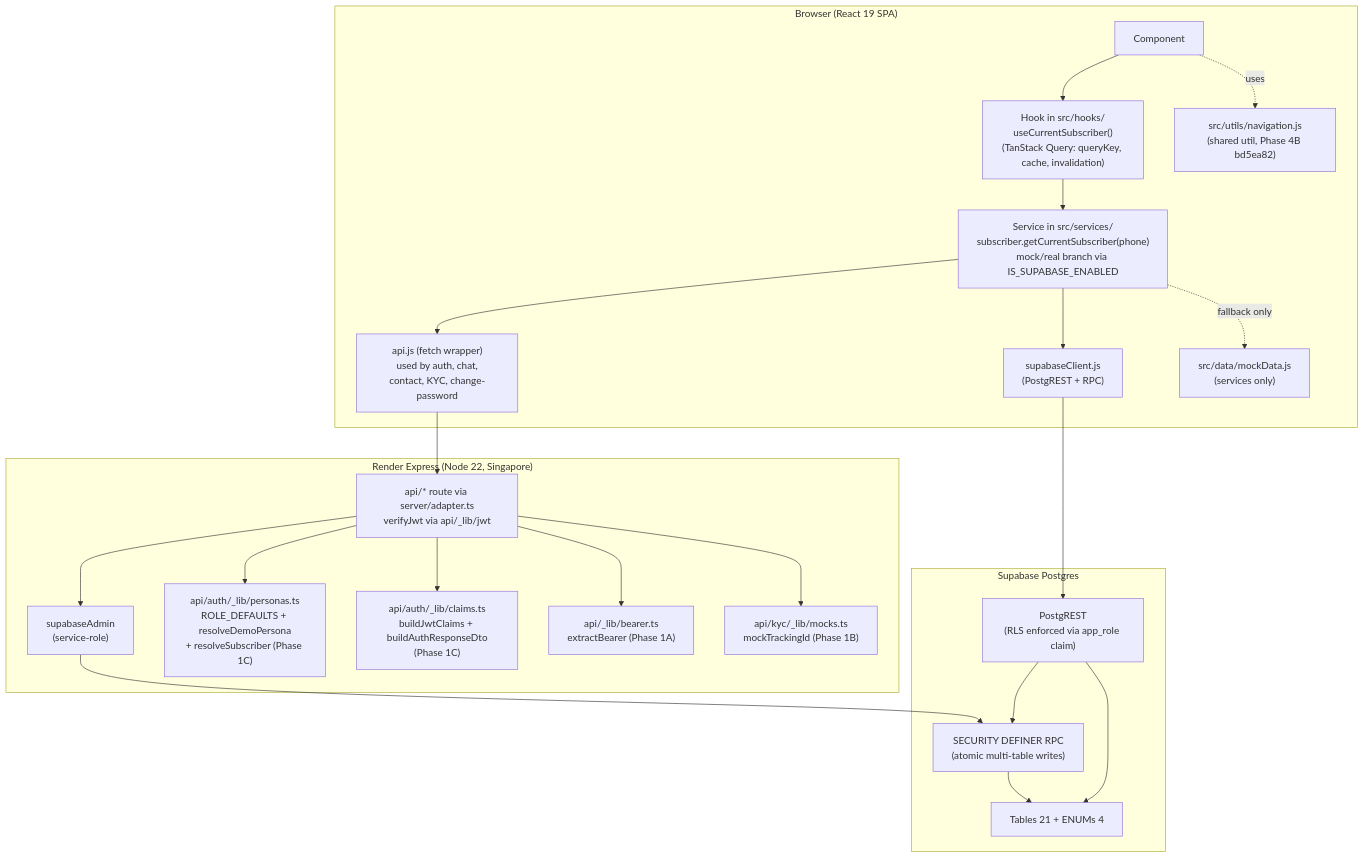
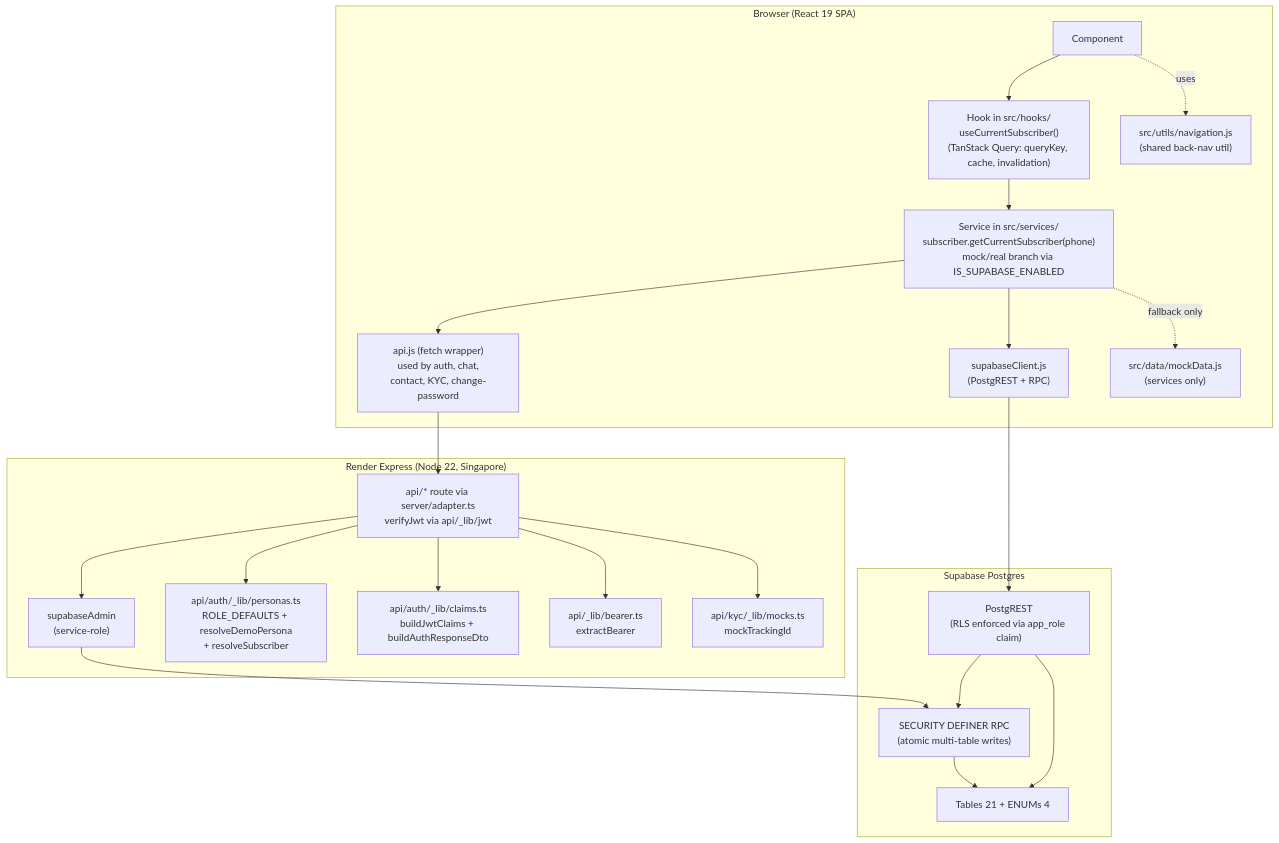
One commit to shubhang1992/uganda-dashboard changed the diagram in ARCHITECTURE.md. Above: the diagram before and after it, drawn with Mermaid. The commit also changed other lines of this file, not shown here.

````diff
--- a/ARCHITECTURE.md
+++ b/ARCHITECTURE.md
@@ -101,45 +101,45 @@
 ```mermaid
 flowchart TB
   subgraph Browser["Browser (React 19 SPA)"]
     C[Component<br/><Balance amount=.../>]
     H["Hook in src/hooks/<br/>useCurrentSubscriber()<br/>(TanStack Query: queryKey, cache, invalidation)"]
     S["Service in src/services/<br/>subscriber.getCurrentSubscriber(phone)<br/>mock/real branch via IS_SUPABASE_ENABLED"]
     SC["supabaseClient.js<br/>(PostgREST + RPC)"]
     AJ["api.js (fetch wrapper)<br/>used by auth, chat,<br/>contact, KYC, change-password"]
     MD["src/data/mockData.js<br/>(services only)"]
-    UTIL["src/utils/navigation.js<br/>(shared util, Phase 4B bd5ea82)"]
+    UTIL["src/utils/navigation.js<br/>(shared back-nav util)"]
   end
 
   subgraph Server["Render Express (Node 22, Singapore)"]
     AR["api/* route via server/adapter.ts<br/>verifyJwt via api/_lib/jwt"]
     SA["supabaseAdmin<br/>(service-role)"]
-    AL1["api/auth/_lib/personas.ts<br/>ROLE_DEFAULTS + resolveDemoPersona<br/>+ resolveSubscriber (Phase 1C)"]
-    AL2["api/auth/_lib/claims.ts<br/>buildJwtClaims + buildAuthResponseDto<br/>(Phase 1C)"]
-    BR["api/_lib/bearer.ts<br/>extractBearer (Phase 1A)"]
-    KM["api/kyc/_lib/mocks.ts<br/>mockTrackingId (Phase 1B)"]
+    AL1["api/auth/_lib/personas.ts<br/>ROLE_DEFAULTS + resolveDemoPersona<br/>+ resolveSubscriber"]
+    AL2["api/auth/_lib/claims.ts<br/>buildJwtClaims + buildAuthResponseDto"]
+    BR["api/_lib/bearer.ts<br/>extractBearer"]
+    KM["api/kyc/_lib/mocks.ts<br/>mockTrackingId"]
   end
 
   subgraph DB["Supabase Postgres"]
     PG["PostgREST<br/>(RLS enforced via app_role claim)"]
     RPC["SECURITY DEFINER RPC<br/>(atomic multi-table writes)"]
     T[Tables 21 + ENUMs 4]
   end
 
   C --> H
   H --> S
   S --> AJ
   S --> SC
   S -.->|fallback only| MD
   C -. uses .-> UTIL
   AJ --> AR
   AR --> BR
   AR --> AL1
   AR --> AL2
   AR --> KM
   AR --> SA
   SC --> PG
   SA --> RPC
   PG --> RPC
   RPC --> T
   PG --> T
 ```
````
